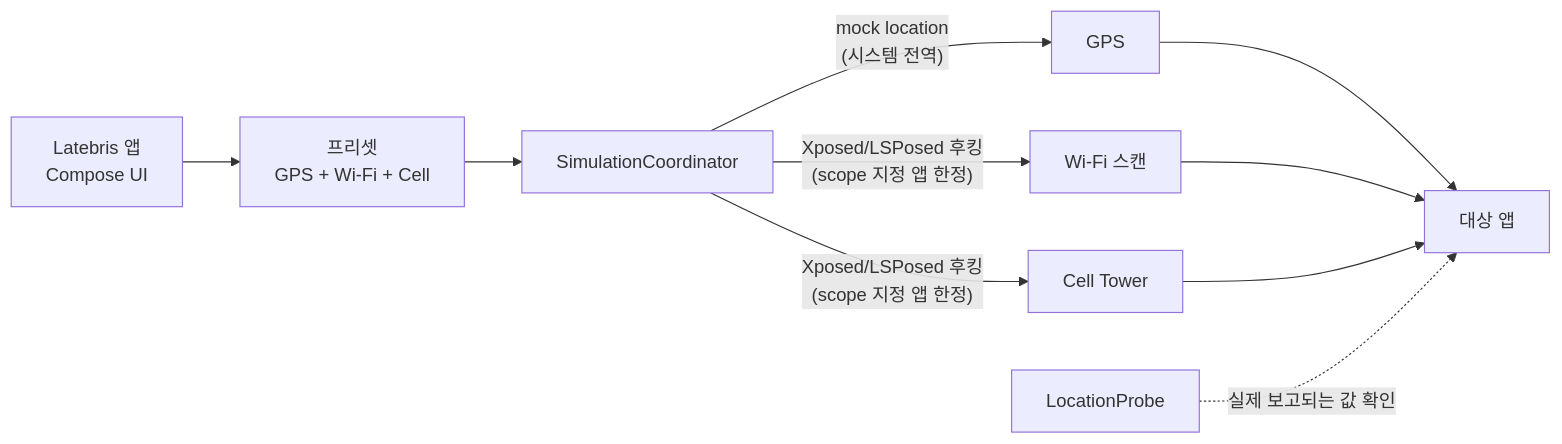
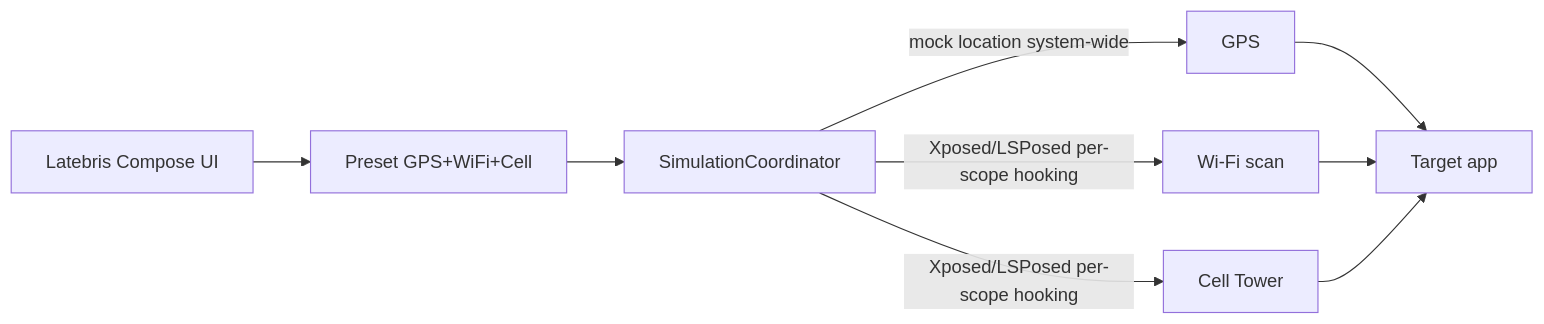
One commit to ianlyoo/latebris changed the diagram in README.md. Above: the diagram before and after it, drawn with Mermaid. The commit also changed other lines of this file and 1 other file, not shown here.

````diff
--- a/README.md
+++ b/README.md
@@ -18,12 +43,11 @@
 ```mermaid
 flowchart LR
-    A[Latebris 앱<br/>Compose UI] --> B[프리셋<br/>GPS + Wi-Fi + Cell]
+    A[Latebris Compose UI] --> B[Preset GPS+WiFi+Cell]
     B --> C[SimulationCoordinator]
-    C -- "mock location<br/>(시스템 전역)" --> D[GPS]
-    C -- "Xposed/LSPosed 후킹<br/>(scope 지정 앱 한정)" --> E[Wi-Fi 스캔]
-    C -- "Xposed/LSPosed 후킹<br/>(scope 지정 앱 한정)" --> F[Cell Tower]
-    D --> G[대상 앱]
+    C -- "mock location system-wide" --> D[GPS]
+    C -- "Xposed/LSPosed per-scope hooking" --> E[Wi-Fi scan]
+    C -- "Xposed/LSPosed per-scope hooking" --> F[Cell Tower]
+    D --> G[Target app]
     E --> G
     F --> G
-    H[LocationProbe] -. "실제 보고되는 값 확인" .-> G
 ```
````
